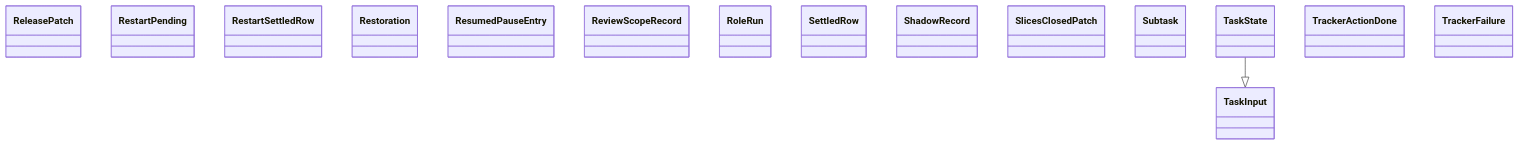
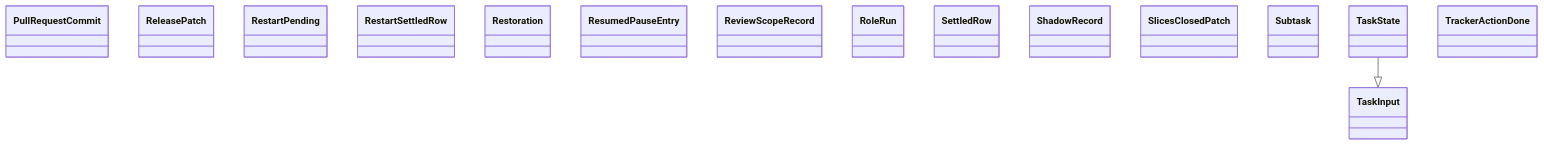
The diagram in docs/architecture/generated/classes-process-domain-state-7.md (GonzaloZevallos/agentic-system), drawn with Mermaid before and after one commit. The commit also changed 9 other files, not shown here.

````diff
--- a/docs/architecture/generated/classes-process-domain-state-7.md
+++ b/docs/architecture/generated/classes-process-domain-state-7.md
@@ -28,19 +28,19 @@
 ```mermaid
 classDiagram
+    class task__PullRequestCommit["PullRequestCommit"]
     class task__ReleasePatch["ReleasePatch"]
     class task__RestartPending["RestartPending"]
     class task__RestartSettledRow["RestartSettledRow"]
     class task__Restoration["Restoration"]
     class task__ResumedPauseEntry["ResumedPauseEntry"]
     class task__ReviewScopeRecord["ReviewScopeRecord"]
     class task__RoleRun["RoleRun"]
     class task__SettledRow["SettledRow"]
     class task__ShadowRecord["ShadowRecord"]
     class task__SlicesClosedPatch["SlicesClosedPatch"]
     class task__Subtask["Subtask"]
     class task__TaskInput["TaskInput"]
     class task__TaskState["TaskState"]
     class task__TrackerActionDone["TrackerActionDone"]
-    class task__TrackerFailure["TrackerFailure"]
     task__TaskState --|> task__TaskInput
 ```
````
